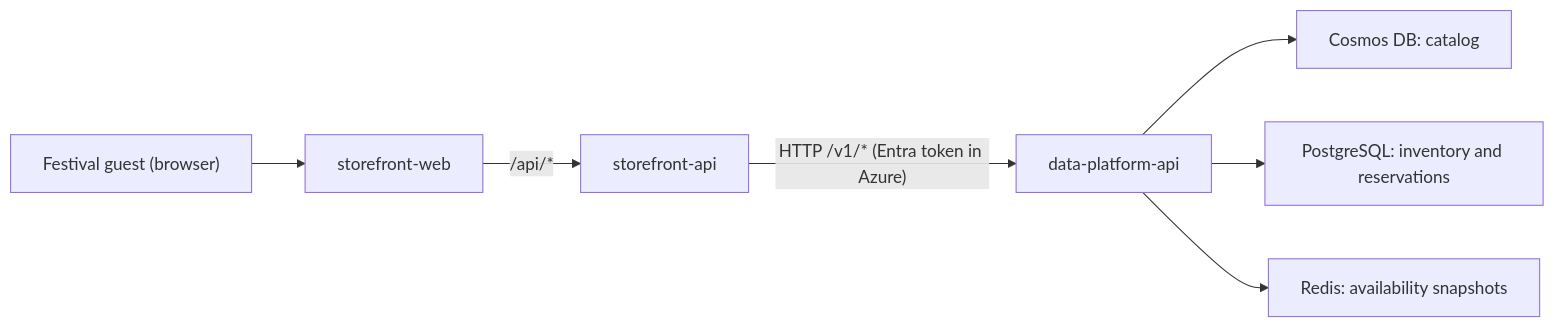
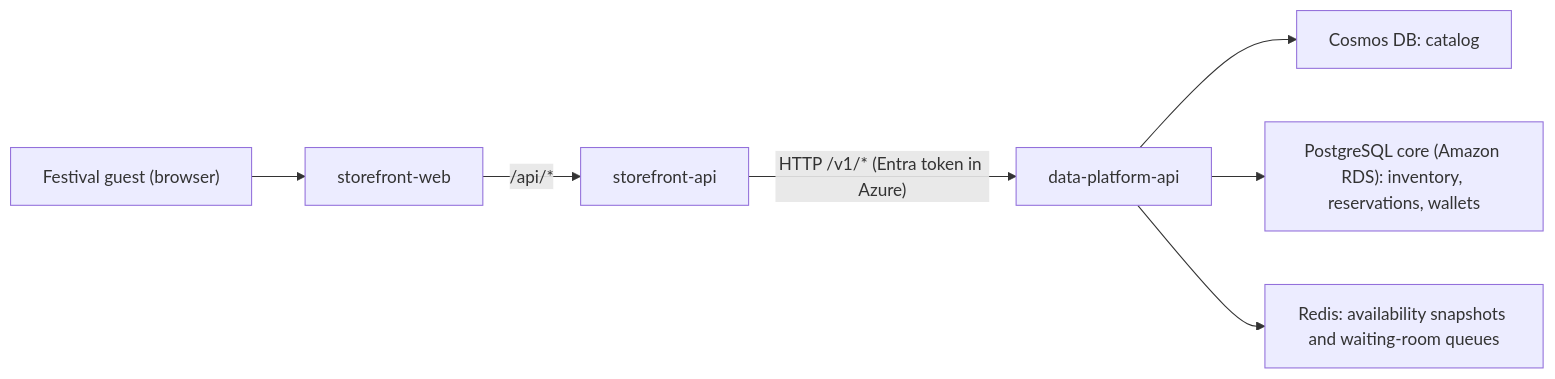
Before and after one commit to sanchitmehta/moonshot-concert: the diagram in docs/service-map.md, drawn with Mermaid. The commit also changed other lines of this file and 6 other files, not shown here.

First line of the commit message:
fix(data-platform): keep the RDS administrator's password sign-in, and retire Azure PostgreSQL

````diff
--- a/docs/service-map.md
+++ b/docs/service-map.md
@@ -8,9 +8,9 @@
 ```mermaid
 flowchart LR
     Guest["Festival guest (browser)"] --> Web["storefront-web"]
     Web -->|"/api/*"| Storefront["storefront-api"]
     Storefront -->|"HTTP /v1/* (Entra token in Azure)"| DataPlatform["data-platform-api"]
     DataPlatform --> Catalog["Cosmos DB: catalog"]
-    DataPlatform --> Inventory["PostgreSQL: inventory and reservations"]
-    DataPlatform --> Cache["Redis: availability snapshots"]
+    DataPlatform --> Core["PostgreSQL core (Amazon RDS): inventory, reservations, wallets"]
+    DataPlatform --> Cache["Redis: availability snapshots and waiting-room queues"]
 ```
````
